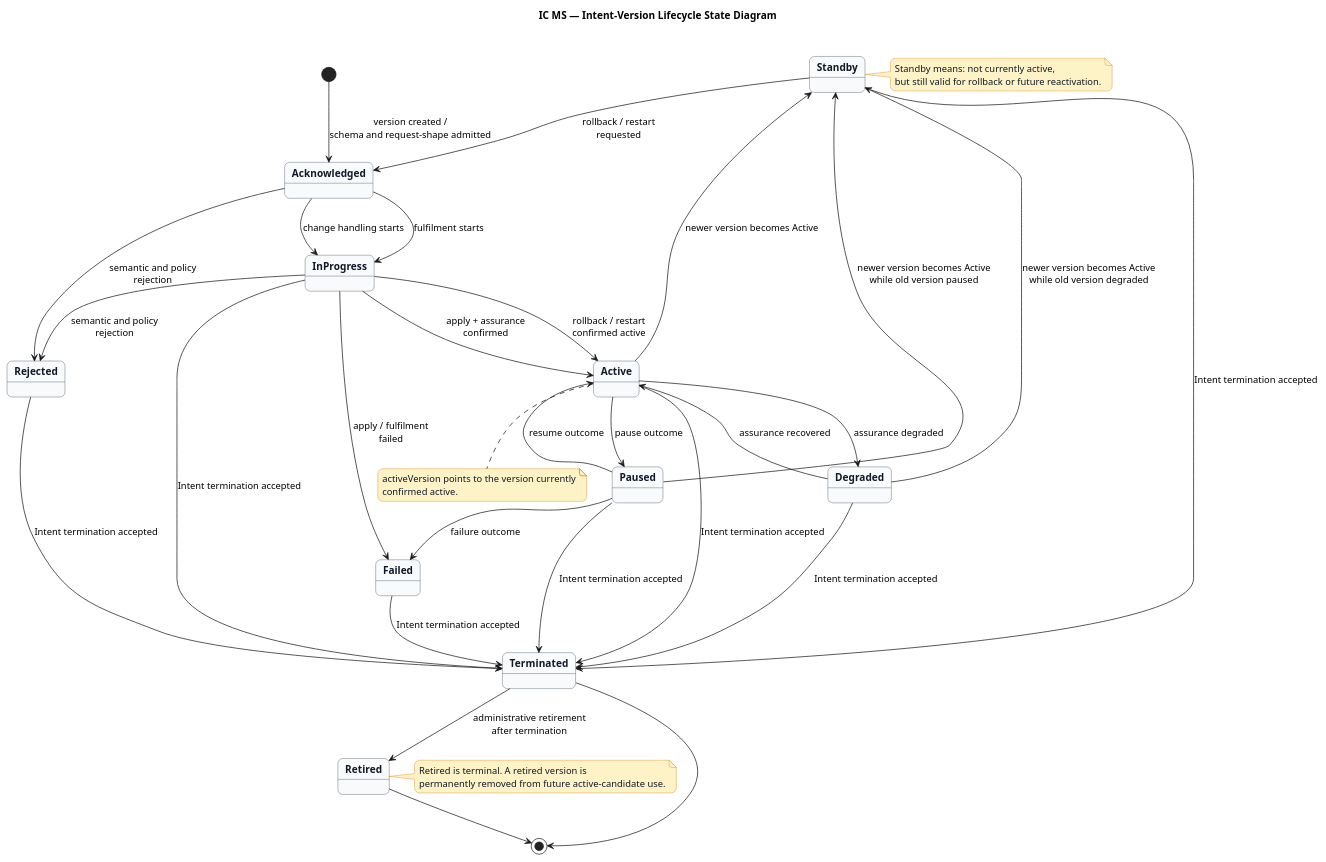
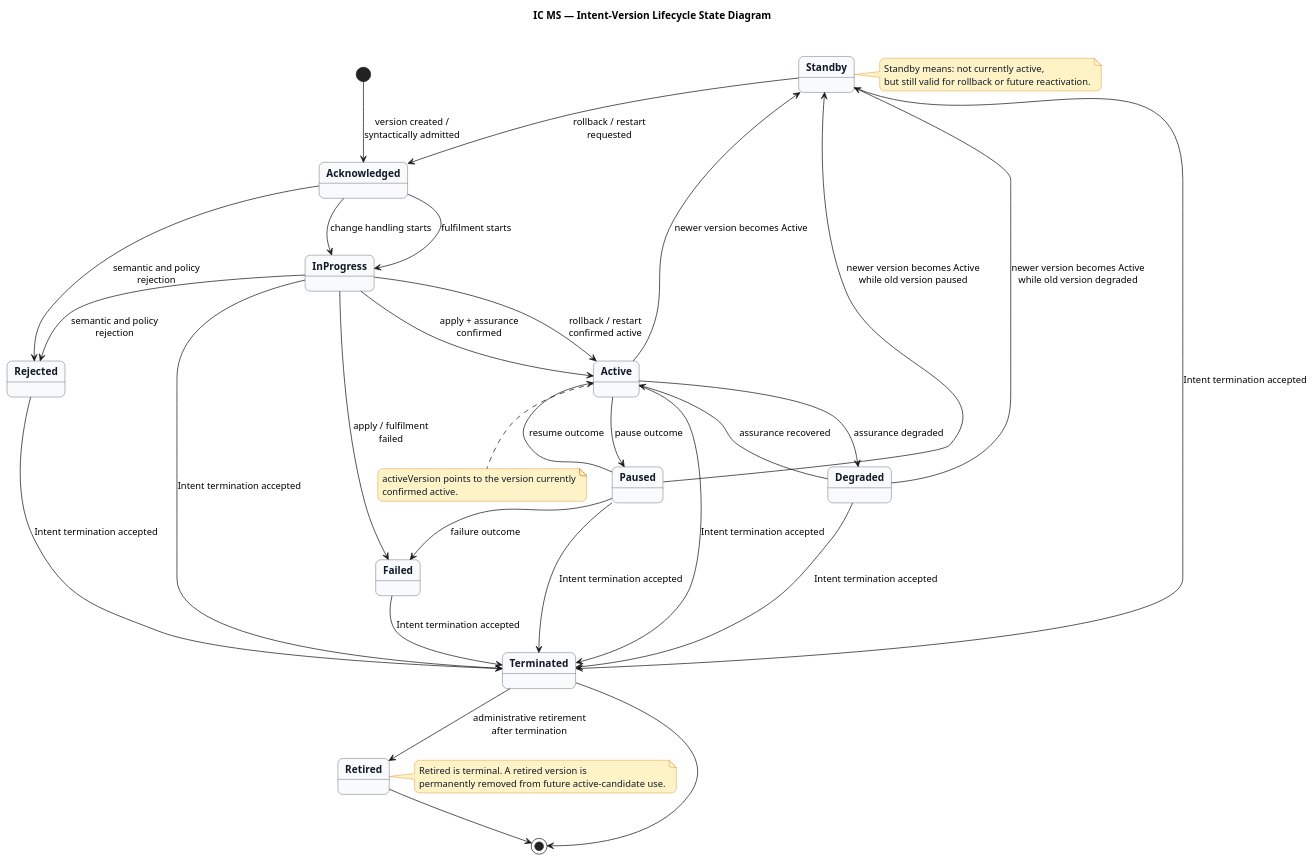
The second of 2 diagrams in baseline/intent/ic-ms/ic_ms_design_brief.md (prageethw/im), drawn with PlantUML before and after one commit. The commit also changed other lines of this file and 2 other files, not shown here.

````diff
--- a/baseline/intent/ic-ms/ic_ms_design_brief.md
+++ b/baseline/intent/ic-ms/ic_ms_design_brief.md
@@ -769,63 +769,63 @@
 ```plantuml
 @startuml
 title IC MS — Intent-Version Lifecycle State Diagram
 
 skinparam backgroundColor #FFFFFF
 skinparam shadowing false
 skinparam roundcorner 14
 skinparam state {
   BackgroundColor #F8FAFC
   BorderColor #334155
   FontColor #111827
   FontStyle bold
 }
 skinparam note {
   BackgroundColor #FEF3C7
   BorderColor #D97706
   FontColor #111827
 }
 
-[*] --> Acknowledged : version created /\nschema and request-shape admitted
+[*] --> Acknowledged : version created /\nsyntactically admitted
 Acknowledged --> Rejected : semantic and policy\nrejection
 Acknowledged --> InProgress : fulfilment starts
 InProgress --> Active : apply + assurance\nconfirmed
 InProgress --> Failed : apply / fulfilment\nfailed
 InProgress --> Rejected : semantic and policy\nrejection
 Active --> Degraded : assurance degraded
 Degraded --> Active : assurance recovered
 Active --> Standby : newer version becomes Active
 Degraded --> Standby : newer version becomes Active\nwhile old version degraded
 Paused --> Standby : newer version becomes Active\nwhile old version paused
 Standby --> Acknowledged : rollback / restart\nrequested
 Acknowledged --> InProgress : change handling starts
 InProgress --> Active : rollback / restart\nconfirmed active
 Terminated --> Retired : administrative retirement\nafter termination
 Active --> Terminated : Intent termination accepted
 Degraded --> Terminated : Intent termination accepted
 Standby --> Terminated : Intent termination accepted
 InProgress --> Terminated : Intent termination accepted
 Paused --> Terminated : Intent termination accepted
 Failed --> Terminated : Intent termination accepted
 Rejected --> Terminated : Intent termination accepted
 Active --> Paused : pause outcome
 Paused --> Active : resume outcome
 Paused --> Failed : failure outcome
 Retired --> [*]
 Terminated --> [*]
 
 note right of Standby
 Standby means: not currently active,
 but still valid for rollback or future reactivation.
 end note
 
 note right of Retired
 Retired is terminal. A retired version is
 permanently removed from future active-candidate use.
 end note
 
 note bottom of Active
 activeVersion points to the version currently
 confirmed active.
 end note
 @enduml
 ```
````
